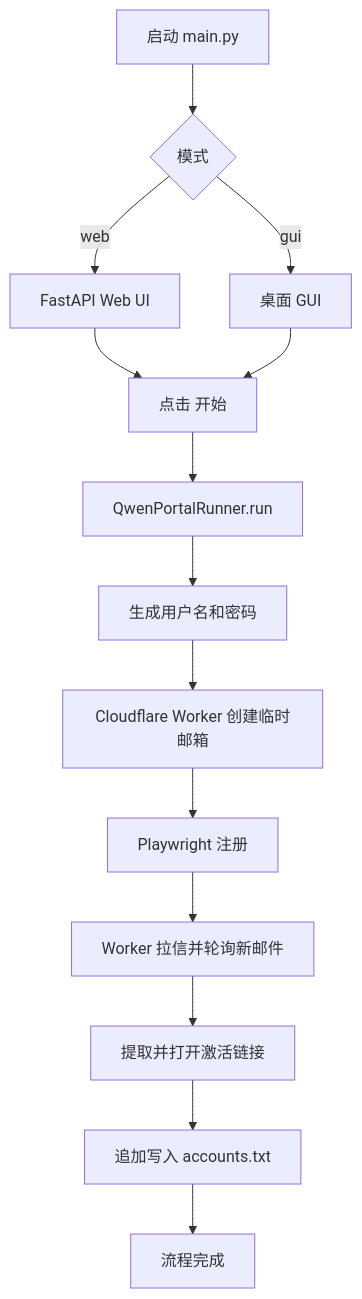
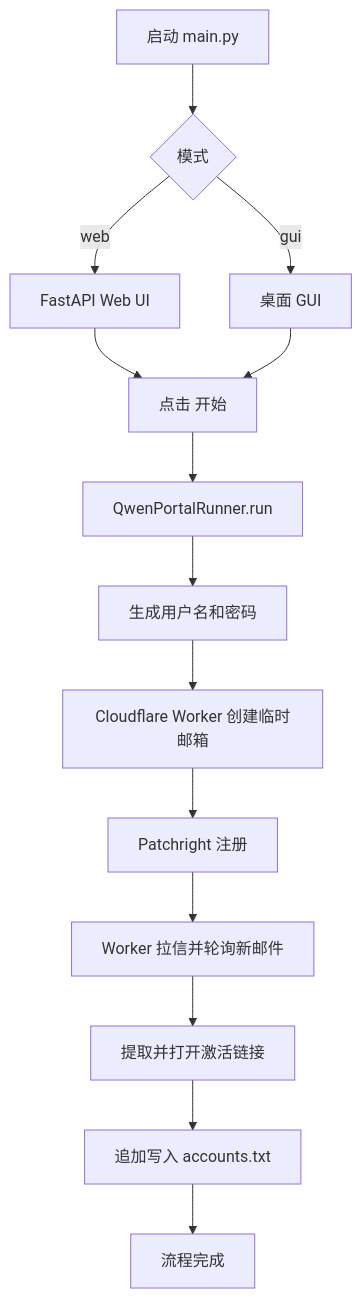
One commit to ayakolin/qwen-auto-register changed the diagram in ARCHITECTURE.md. Above: the diagram before and after it, drawn with Mermaid. The commit also changed 23 other files, not shown here.

````diff
--- a/ARCHITECTURE.md
+++ b/ARCHITECTURE.md
@@ -49,16 +49,16 @@
 ```mermaid
 flowchart TD
   A[启动 main.py] --> B{模式}
   B -->|web| C[FastAPI Web UI]
   B -->|gui| D[桌面 GUI]
   C --> E[点击 开始]
   D --> E
   E --> F[QwenPortalRunner.run]
   F --> G[生成用户名和密码]
   G --> H[Cloudflare Worker 创建临时邮箱]
-  H --> I[Playwright 注册]
+  H --> I[Patchright 注册]
   I --> J[Worker 拉信并轮询新邮件]
   J --> K[提取并打开激活链接]
   K --> L[追加写入 accounts.txt]
   L --> M[流程完成]
 ```
````
